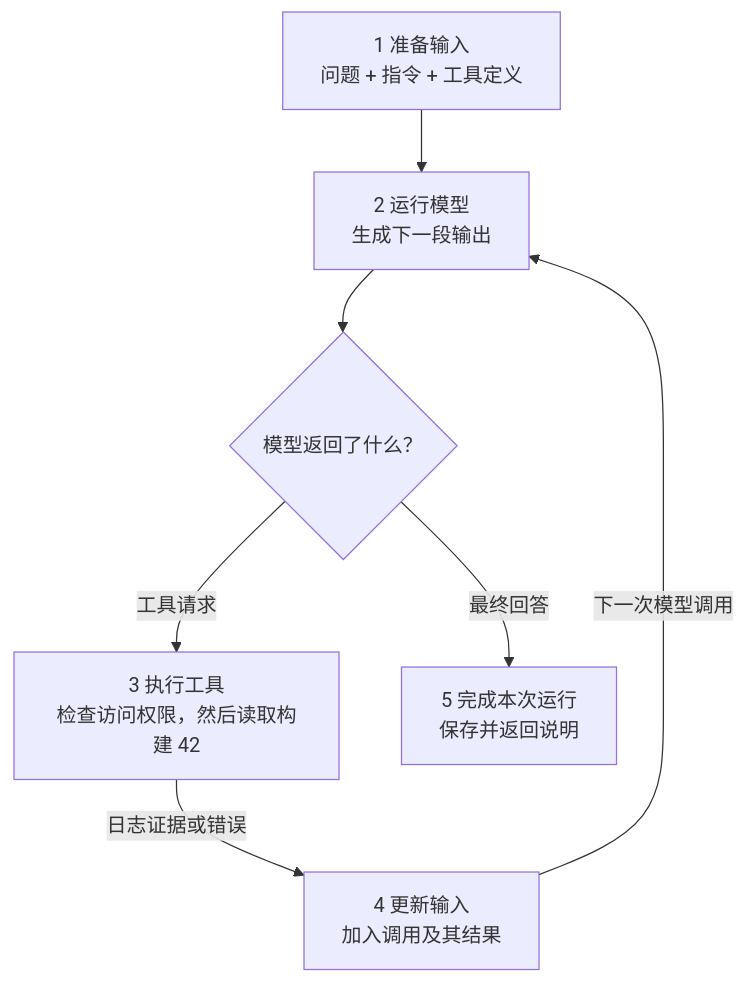
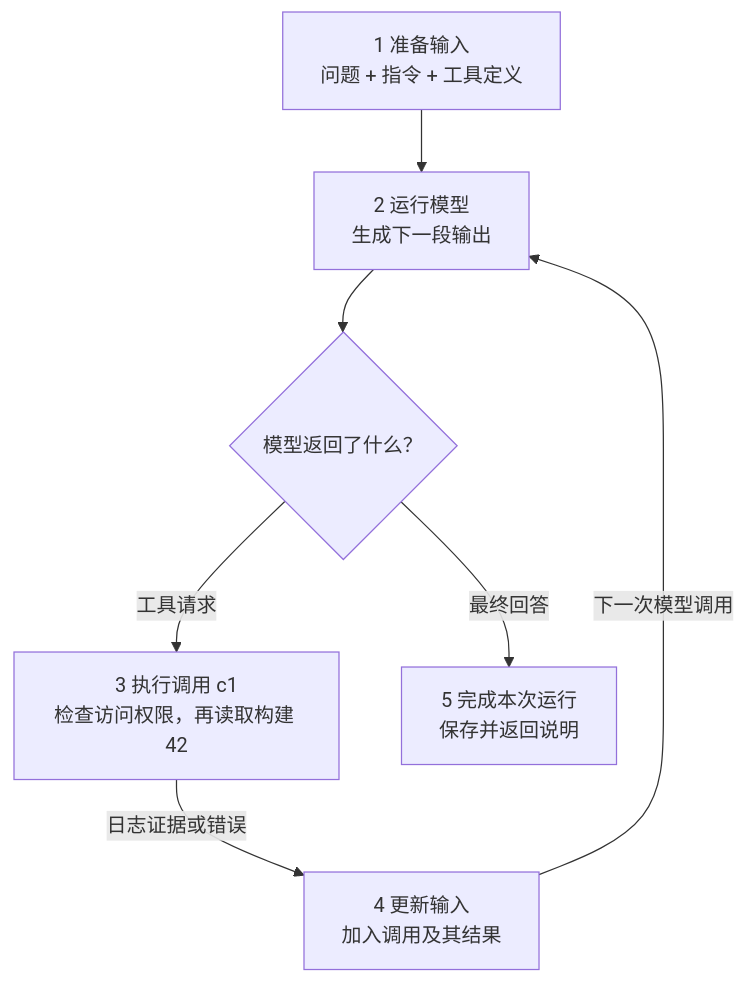
Before and after one commit to Negronii/MyNotes: the first of 7 diagrams in review/generated/ai-engineering.md, drawn with Mermaid. The commit also changed other lines of this file and 2 other files, not shown here.

```diff
--- a/review/generated/ai-engineering.md
+++ b/review/generated/ai-engineering.md
@@ -15,14 +15,14 @@
 ~~~mermaid
 flowchart TD
     Input["1 准备输入<br/>问题 + 指令 + 工具定义"]
     Model["2 运行模型<br/>生成下一段输出"]
     Choice{"模型返回了什么？"}
-    Tool["3 执行工具<br/>检查访问权限，然后读取构建 42"]
+    Tool["3 执行调用 c1<br/>检查访问权限，再读取构建 42"]
     Context["4 更新输入<br/>加入调用及其结果"]
     Answer["5 完成本次运行<br/>保存并返回说明"]
     Input --> Model --> Choice
     Choice -->|工具请求| Tool
     Tool -->|日志证据或错误| Context
     Context -->|下一次模型调用| Model
     Choice -->|最终回答| Answer
 ~~~
```
